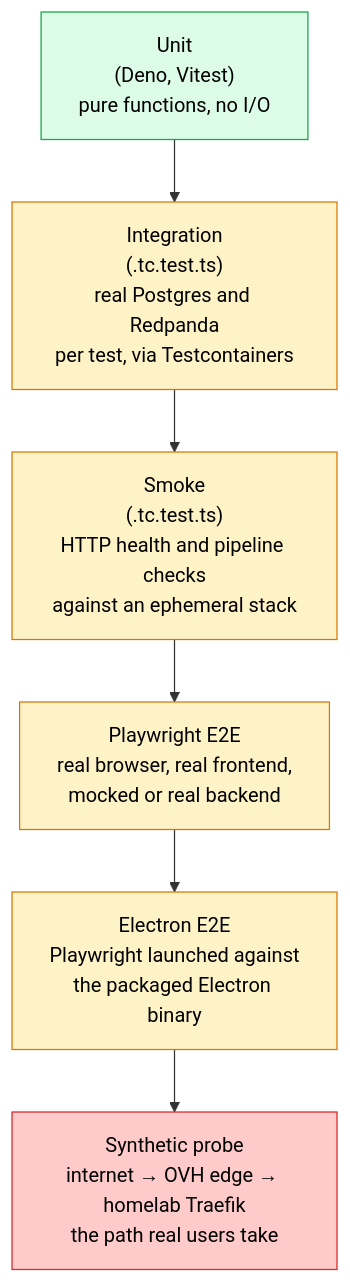
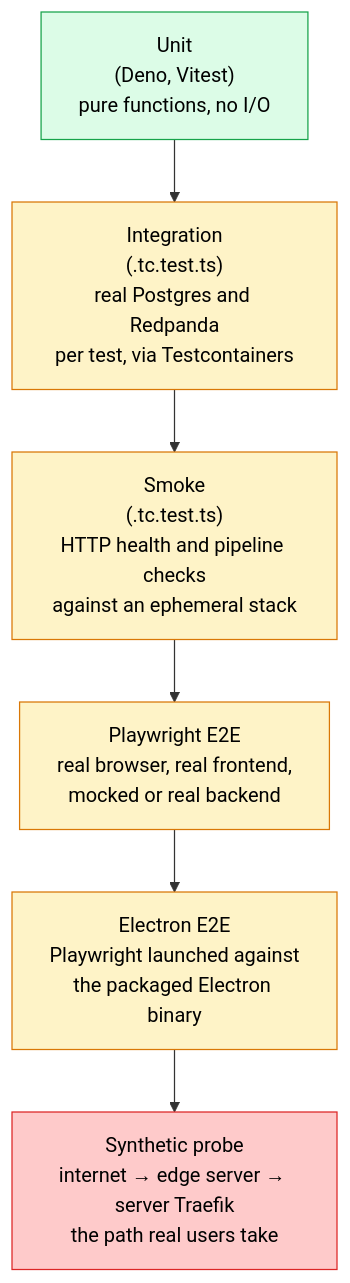
The first of 3 diagrams in docs/site/src/content/docs/development/testing/index.mdx (milesburton/veta-trading-platform), drawn with Mermaid before and after one commit. The commit also changed other lines of this file and 52 other files, not shown here.

````diff
--- a/docs/site/src/content/docs/development/testing/index.mdx
+++ b/docs/site/src/content/docs/development/testing/index.mdx
@@ -31,15 +31,15 @@
 ```mermaid
 graph TD
     UNIT["Unit<br/>(Deno, Vitest)<br/>pure functions, no I/O"]:::fast
     INT["Integration<br/>(.tc.test.ts)<br/>real Postgres and Redpanda<br/>per test, via Testcontainers"]:::mid
     SMOKE["Smoke<br/>(.tc.test.ts)<br/>HTTP health and pipeline checks<br/>against an ephemeral stack"]:::mid
     PW["Playwright E2E<br/>real browser, real frontend,<br/>mocked or real backend"]:::mid
     EL["Electron E2E<br/>Playwright launched against<br/>the packaged Electron binary"]:::mid
-    PROBE["Synthetic probe<br/>internet → OVH edge → homelab Traefik<br/>the path real users take"]:::slow
+    PROBE["Synthetic probe<br/>internet → edge server → server Traefik<br/>the path real users take"]:::slow
 
     UNIT --> INT --> SMOKE --> PW --> EL --> PROBE
 
     classDef fast fill:#dcfce7,stroke:#16a34a,color:#000
     classDef mid fill:#fef3c7,stroke:#d97706,color:#000
     classDef slow fill:#fecaca,stroke:#dc2626,color:#000
 ```
````
